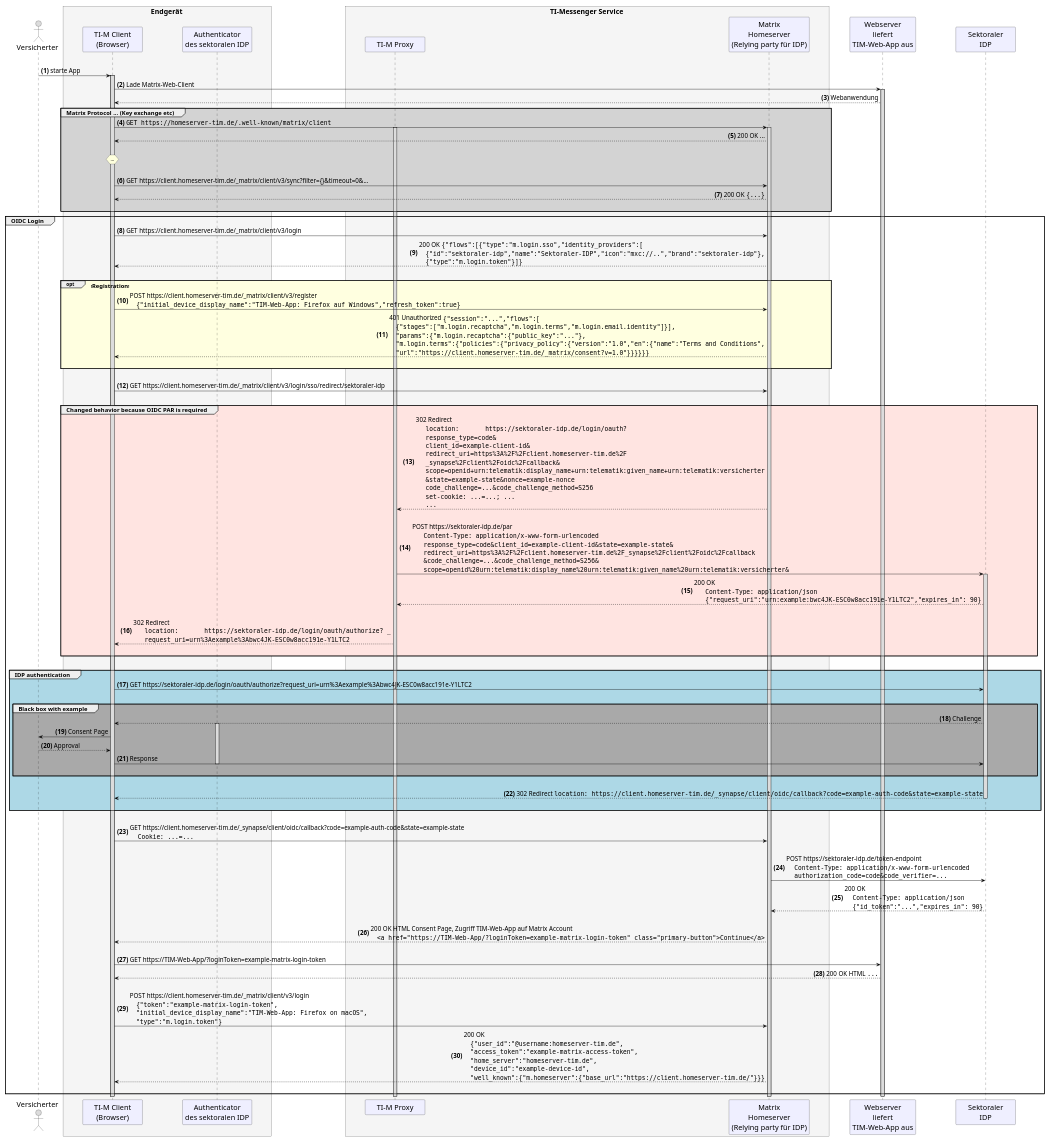
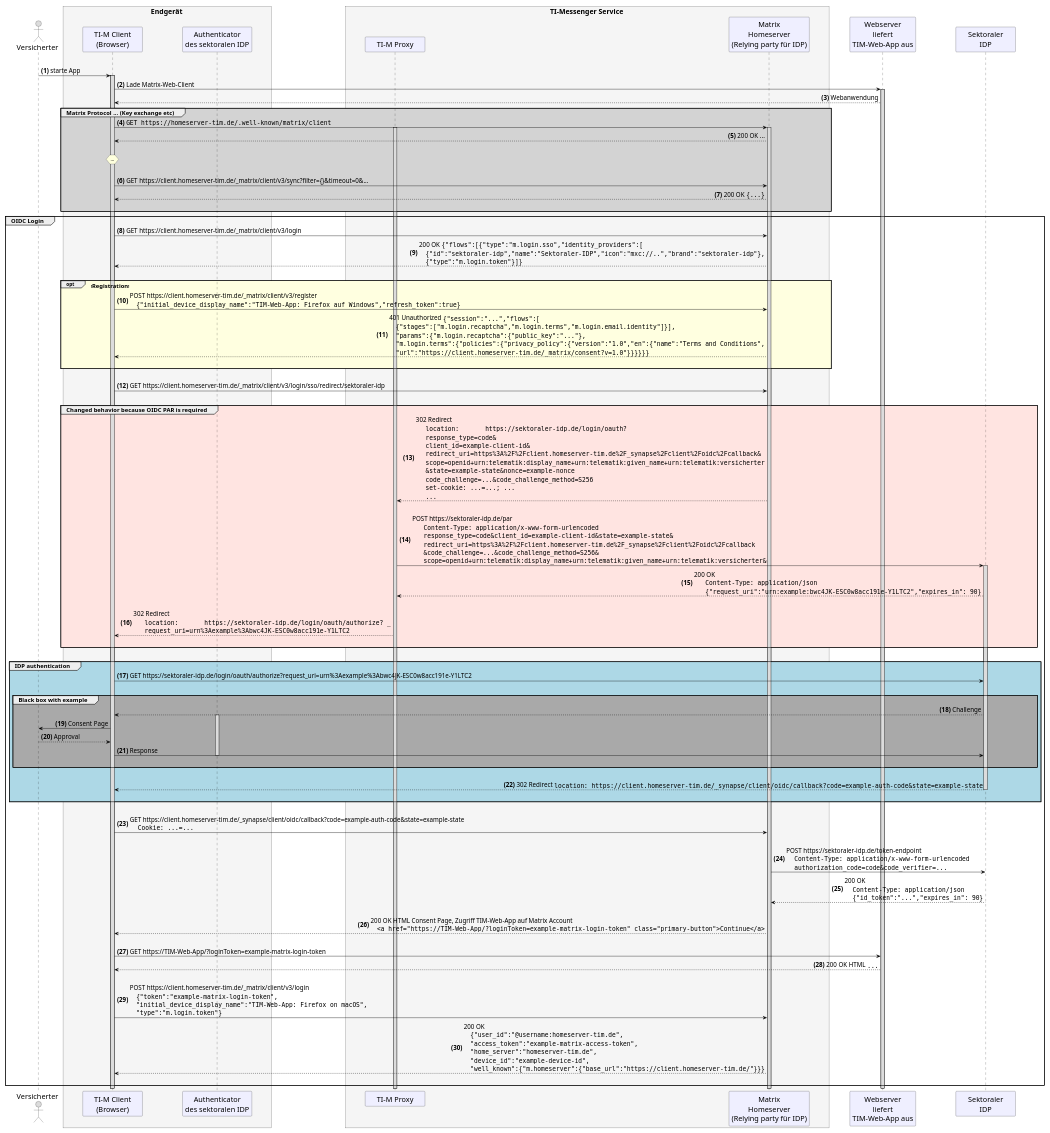
Before and after one commit to gematik/api-ti-messenger: the diagram in src/plantuml/TI-Messenger-Dienst/Ressourcen/TI-Messenger_OIDC_login.puml, drawn with PlantUML.

```diff
--- a/src/plantuml/TI-Messenger-Dienst/Ressourcen/TI-Messenger_OIDC_login.puml
+++ b/src/plantuml/TI-Messenger-Dienst/Ressourcen/TI-Messenger_OIDC_login.puml
@@ -1,158 +1,157 @@
 @startuml "TI-Messenger_OIDC_Login"
 skinparam sequenceMessageAlign direction
 skinparam WrapWidth 300
 skinparam minClassWidth 150
 skinparam BoxPadding 1
 skinparam ParticipantPadding 50
 skinparam sequenceReferenceHeaderBackgroundColor palegreen
 scale max 2048 width
 
 skinparam sequence {
 ArrowColor black
 ArrowFontSize 17
 ActorBorderColor black
 LifeLineBorderColor black
 LifeLineBackgroundColor Gainsboro
 
 ParticipantBorderColor Motivation
 ParticipantBackgroundColor Motivation
 ParticipantFontSize 20
 ParticipantFontColor black
 ParticipantBorderColor Black
 ParticipantBackgroundColor MOTIVATION
 
 ActorBackgroundColor Gainsboro
 ActorFontColor black
 ActorFontSize 20
 }
 
 autonumber "<b>(0)"
 
 actor us as "Versicherter"
 box <size:19>Endgerät</size> #WhiteSmoke
   participant app as "TI-M Client\n(Browser)"
   participant au as "Authenticator\ndes sektoralen IDP"
 end box
 box <size:19>TI-Messenger Service</size> #WhiteSmoke
   participant pr as "TI-M Proxy"
   participant hs as "Matrix\nHomeserver\n(Relying party für IDP)"
 end box
 participant mc as "Webserver\nliefert\nTIM-Web-App aus"
 participant idp as "Sektoraler\nIDP"
 
 |||
 
 us -> app: starte App
 
 activate app
   app -> mc: Lade Matrix-Web-Client
   activate mc
   mc --> app: Webanwendung
   group #LightGray <size:16>Matrix Protocol ... (Key exchange etc)</size>
     app -> hs:""GET https://homeserver-tim.de/.well-known/matrix/client""
     activate hs
     activate pr
     hs --> app: 200 OK ...
     |||
     hnote over app : ...
     |||
     app -> hs: GET https://client.homeserver-tim.de/_matrix/client/v3/sync?filter={}&timeout=0&...
     hs --> app: 200 OK ""{...}""
     |||
   end 'group
   group <size:16>OIDC Login</size>
     app -> hs: GET https://client.homeserver-tim.de/_matrix/client/v3/login
     hs --> app: 200 OK ""{"flows":[{"type":"m.login.sso","identity_providers":[""\n\
     ""{"id":"sektoraler-idp","name":"Sektoraler-IDP","icon":"mxc://..","brand":"sektoraler-idp"},""\n\
     ""{"type":"m.login.token"}]}""
     |||
     opt #LightYellow <size:16>Registration</size>
     app -> hs: POST https://client.homeserver-tim.de/_matrix/client/v3/register\n\
     ""{"initial_device_display_name":"TIM-Web-App: Firefox auf Windows","refresh_token":true}""
     hs --> app: 401 Unauthorized ""{"session":"...","flows":[""\n\
     ""{"stages":["m.login.recaptcha","m.login.terms","m.login.email.identity"]}],""\n\
     """params":{"m.login.recaptcha":{"public_key":"..."},""\n\
     """m.login.terms":{"policies":{"privacy_policy":{"version":"1.0","en":{"name":"Terms and Conditions",""\n\
     """url":"https://client.homeserver-tim.de/_matrix/consent?v=1.0"}}}}}}""
     |||
     end 'opt
     |||
     app -> hs: GET https://client.homeserver-tim.de/_matrix/client/v3/login/sso/redirect/sektoraler-idp
     |||
     group #MistyRose <size:16>Changed behavior because OIDC PAR is required</size>
       hs --> pr: 302 Redirect\n\
       ""location:	https://sektoraler-idp.de/login/oauth?""\n\
       ""response_type=code&""\n\
       ""client_id=example-client-id&""\n\
-      ""redirect_uri=https%3A%2F%2Fclient.homeserver-tim.de%2F""\n\
-      ""_synapse%2Fclient%2Foidc%2Fcallback&""\n\
+      ""redirect_uri=https%3A%2F%2Fclient.homeserver-tim.de%2F_synapse%2Fclient%2Foidc%2Fcallback&""\n\
       ""scope=openid+urn:telematik:display_name+urn:telematik:given_name+urn:telematik:versicherter""\n\
       ""&state=example-state&nonce=example-nonce""\n\
       ""code_challenge=...&code_challenge_method=S256""\n\
       ""set-cookie: ...=...; ...""\n\
       ""...""
       |||
       pr -> idp: POST https://sektoraler-idp.de/par\n\
        ""Content-Type: application/x-www-form-urlencoded""\n\
        ""response_type=code&client_id=example-client-id&state=example-state&""\n\
        ""redirect_uri=https%3A%2F%2Fclient.homeserver-tim.de%2F_synapse%2Fclient%2Foidc%2Fcallback""\n\
        ""&code_challenge=...&code_challenge_method=S256&""\n\
-       ""scope=openid%20urn:telematik:display_name%20urn:telematik:given_name%20urn:telematik:versicherter&""
+       ""scope=openid+urn:telematik:display_name+urn:telematik:given_name+urn:telematik:versicherter&""
       activate idp
       idp --> pr: 200 OK\n\
        ""Content-Type: application/json""\n\
        ""{"request_uri":"urn:example:bwc4JK-ESC0w8acc191e-Y1LTC2","expires_in": 90}""
       |||
       pr --> app: 302 Redirect\n\
        ""location:	https://sektoraler-idp.de/login/oauth/authorize? _""\n\
        ""request_uri=urn%3Aexample%3Abwc4JK-ESC0w8acc191e-Y1LTC2""
       |||
     end 'group
     |||
     group #LightBlue <size:16>IDP authentication</size>
       app -> idp: GET	https://sektoraler-idp.de/login/oauth/authorize?request_uri=urn%3Aexample%3Abwc4JK-ESC0w8acc191e-Y1LTC2
       |||
       group #DarkGray <size:16>Black box with example</size>
         idp --> app: Challenge
         activate au
         app -> us: Consent Page
         us --> app: Approval
         app -> idp: Response
       deactivate au
       |||
       end 'group
       |||
       idp --> app: 302 Redirect ""location: https://client.homeserver-tim.de/_synapse/client/oidc/callback?code=example-auth-code&state=example-state""
       deactivate idp
       |||
     end 'group
     |||
     app -> hs: GET https://client.homeserver-tim.de/_synapse/client/oidc/callback?code=example-auth-code&state=example-state\n\
      ""Cookie: ...=...""
     |||
     hs -> idp: POST https://sektoraler-idp.de/token-endpoint\n\
      ""Content-Type: application/x-www-form-urlencoded""\n\
      ""authorization_code=code&code_verifier=...""
     idp --> hs: 200 OK\n\
      ""Content-Type: application/json""\n\
      ""{"id_token":"...","expires_in": 90}""
     |||
     hs --> app: 200 OK HTML Consent Page, Zugriff TIM-Web-App auf Matrix Account\n\
     ""<a href="https://TIM-Web-App/?loginToken=example-matrix-login-token" class="primary-button">Continue</a>""
     |||
     app -> mc: GET https://TIM-Web-App/?loginToken=example-matrix-login-token
     mc --> app: 200 OK HTML ""...""
     |||
     app -> hs: POST https://client.homeserver-tim.de/_matrix/client/v3/login\n\
     ""{"token":"example-matrix-login-token",""\n\
     """initial_device_display_name":"TIM-Web-App: Firefox on macOS",""\n\
     """type":"m.login.token"}""
     hs --> app: 200 OK\n\
     ""{"user_id":"@username:homeserver-tim.de",""\n\
     """access_token":"example-matrix-access-token",""\n\
     """home_server":"homeserver-tim.de",""\n\
     """device_id":"example-device-id",""\n\
     """well_known":{"m.homeserver":{"base_url":"https://client.homeserver-tim.de/"}}}""
     |||
   end 'group
 @enduml
```
